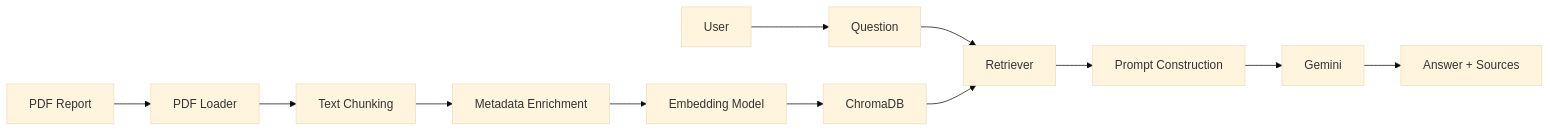
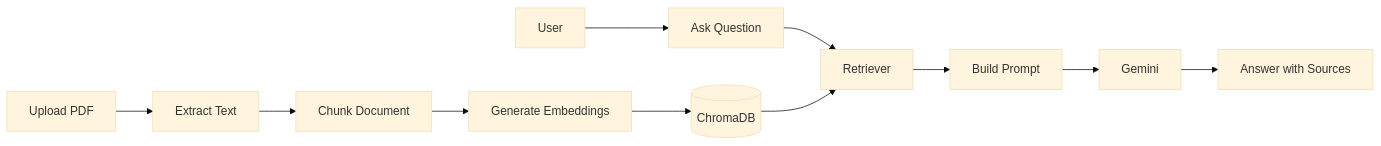
One commit to gaurishkale/Atlas-AI-Financial-Research-Assistant changed the diagram in README.md. Above: the diagram before and after it, drawn with Mermaid (base theme). The commit also changed other lines of this file, not shown here.

````diff
--- a/README.md
+++ b/README.md
@@ -214,47 +224,33 @@
 ```mermaid
 flowchart LR
 
-A[PDF Report]
--->
-B[PDF Loader]
+A[Upload PDF]
+--> B[Extract Text]
 
 B
--->
-C[Text Chunking]
+--> C[Chunk Document]
 
 C
--->
-D[Metadata Enrichment]
+--> D[Generate Embeddings]
 
 D
--->
-E[Embedding Model]
+--> E[(ChromaDB)]
+
+User
+--> F[Ask Question]
+
+F
+--> G[Retriever]
 
 E
--->
-F[ChromaDB]
-
-User
--->
-G[Question]
+--> G
 
 G
--->
-H[Retriever]
-
-F
--->
-H
+--> H[Build Prompt]
 
 H
--->
-I[Prompt Construction]
+--> I[Gemini]
 
 I
--->
-J[Gemini]
-
-J
--->
-K[Answer + Sources]
+--> J[Answer with Sources]
 ```
````
